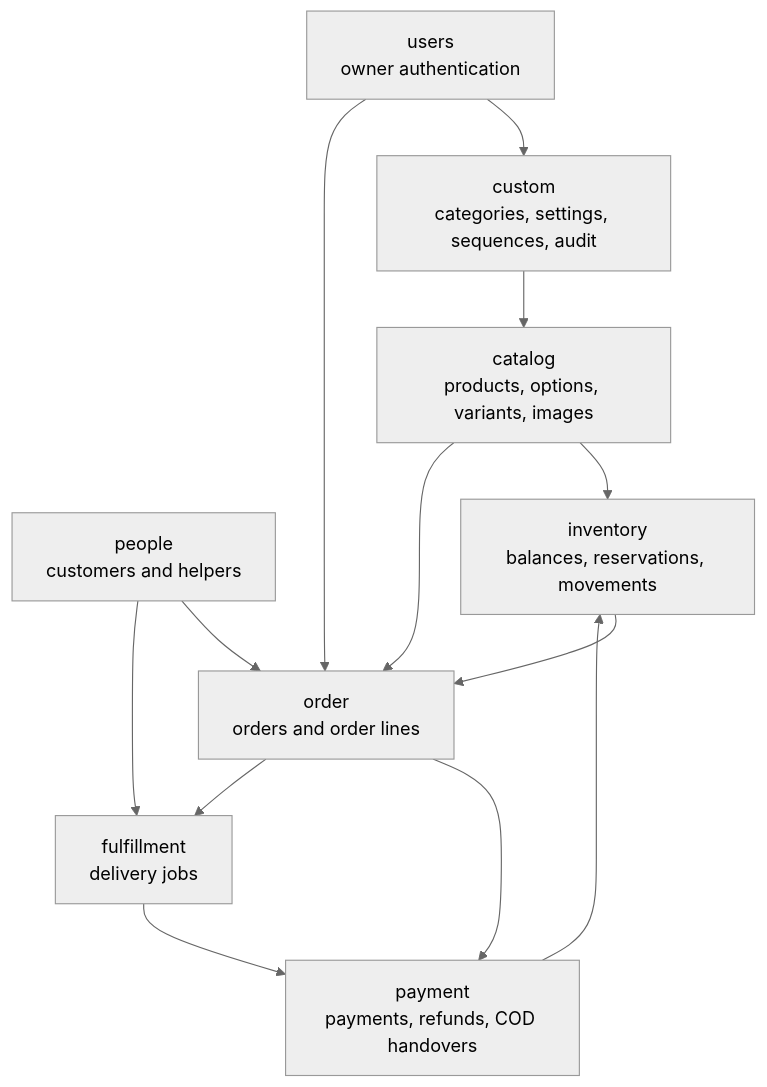
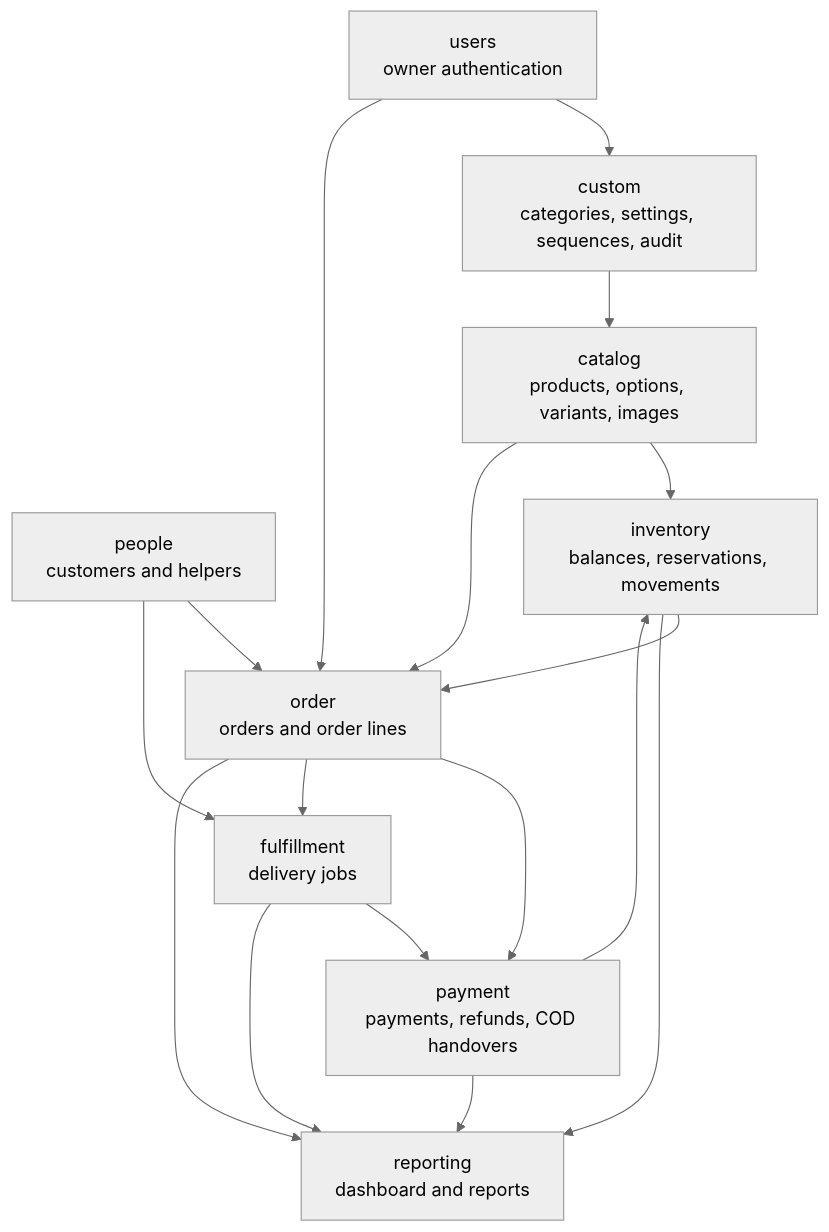
The second of 2 diagrams in README.md (elyzio/dinashop_backend), drawn with Mermaid (neutral theme) before and after one commit. The commit also changed other lines of this file and 12 other files, not shown here.

````diff
--- a/README.md
+++ b/README.md
@@ -30,24 +30,29 @@
 ```mermaid
 flowchart TD
     users[users<br/>owner authentication]
     custom[custom<br/>categories, settings, sequences, audit]
     people[people<br/>customers and helpers]
     catalog[catalog<br/>products, options, variants, images]
     inventory[inventory<br/>balances, reservations, movements]
     order[order<br/>orders and order lines]
     payment[payment<br/>payments, refunds, COD handovers]
     fulfillment[fulfillment<br/>delivery jobs]
+    reporting[reporting<br/>dashboard and reports]
 
     users --> custom
     custom --> catalog
     users --> order
     people --> order
     catalog --> inventory
     catalog --> order
     inventory --> order
     order --> payment
     people --> fulfillment
     order --> fulfillment
     fulfillment --> payment
     payment --> inventory
+    order --> reporting
+    payment --> reporting
+    inventory --> reporting
+    fulfillment --> reporting
 ```
````
